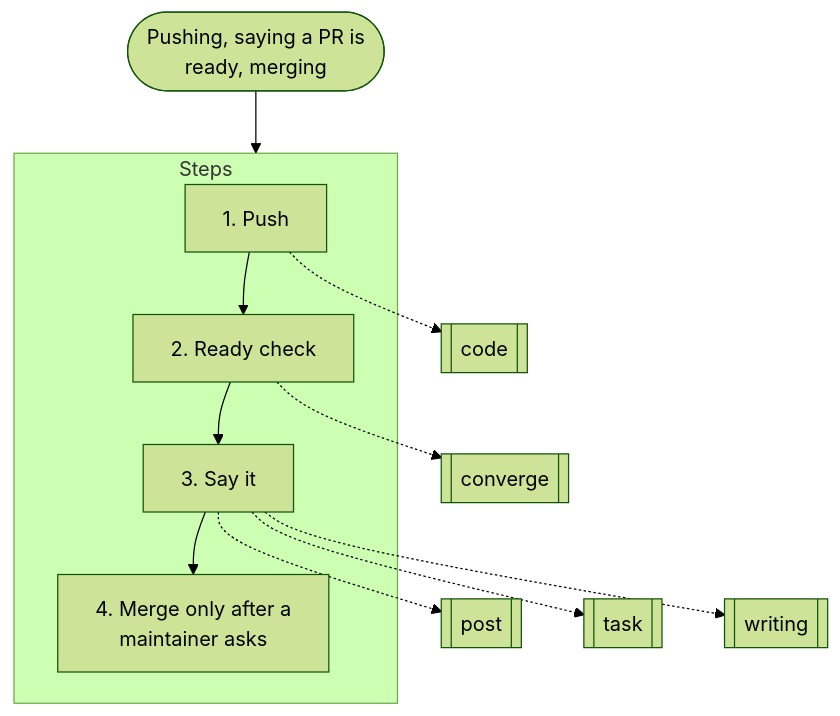
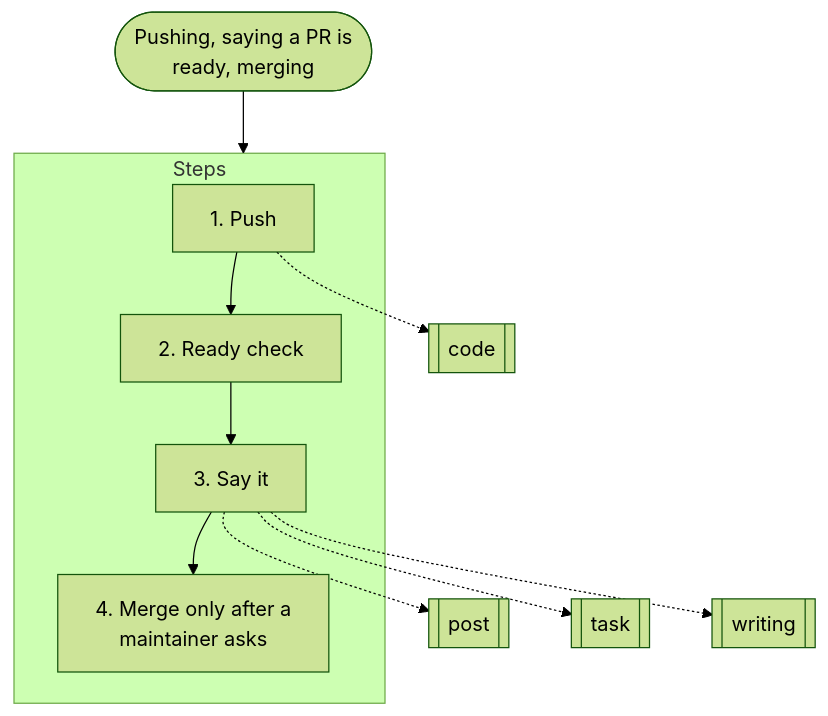
One commit to nitedani-agent/mergeworthy changed diagram 15 of 19 in docs/graphs.md. Above: the diagram before and after it, drawn with Mermaid (forest theme). The commit also changed other lines of this file and 1 other file, not shown here.

Commit message:
skills: cut "only you push to the PR branch" and "the records are checked by the hook" (C14), said at skills/converge/SKILL.md:8 and hooks/pre-bash-guard.py:354

````diff
--- a/docs/graphs.md
+++ b/docs/graphs.md
@@ -448,19 +448,18 @@
 ```mermaid
 flowchart TB
   start(["Pushing, saying a PR is<br/>ready, merging"])
   subgraph g0["Steps"]
     s0["1. Push"]
     s1["2. Ready check"]
     s0 --> s1
     s2["3. Say it"]
     s1 --> s2
     s3["4. Merge only after a<br/>maintainer asks"]
     s2 --> s3
   end
   s0 -.-> r1[["code"]]
-  s1 -.-> r2[["converge"]]
-  s2 -.-> r3[["post"]]
-  s2 -.-> r4[["task"]]
-  s2 -.-> r5[["writing"]]
+  s2 -.-> r2[["post"]]
+  s2 -.-> r3[["task"]]
+  s2 -.-> r4[["writing"]]
   start --> g0
 ```
````
